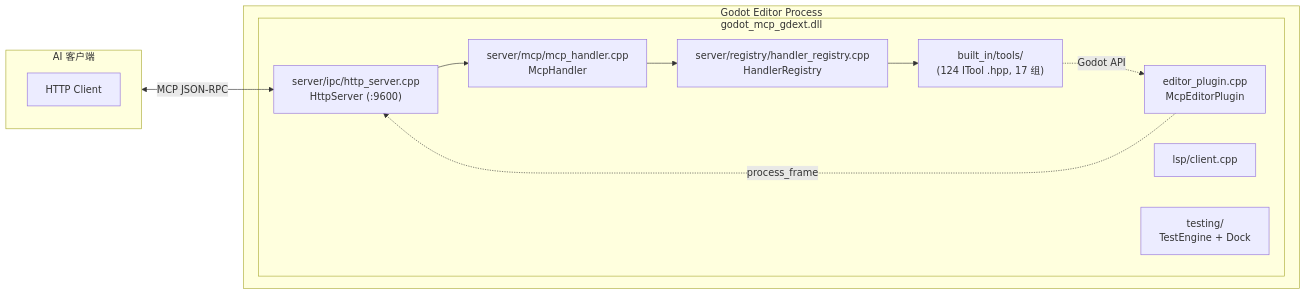
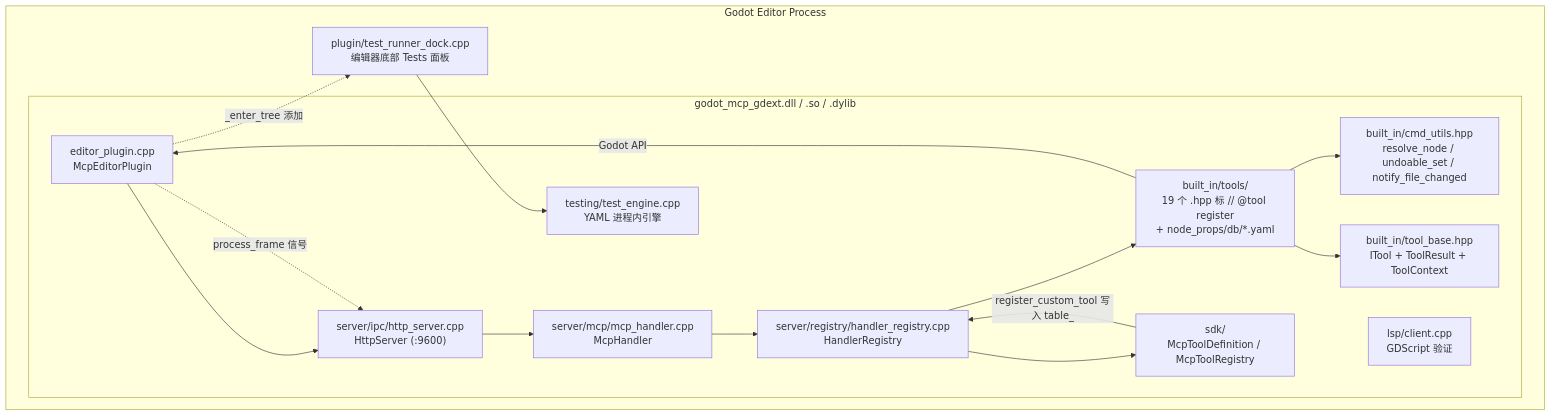
The diagram in .repo_wiki/extensions/gdext.md (jesspig/GodotMCP-GDExtension), drawn with Mermaid before and after one commit. The commit also changed other lines of this file and 25 other files, not shown here.

````diff
--- a/.repo_wiki/extensions/gdext.md
+++ b/.repo_wiki/extensions/gdext.md
@@ -5,25 +7,31 @@
 ```mermaid
-flowchart LR
+flowchart TB
     subgraph Godot["Godot Editor Process"]
-        subgraph DLL["godot_mcp_gdext.dll"]
+        subgraph DLL["godot_mcp_gdext.dll / .so / .dylib"]
             EP["editor_plugin.cpp<br/>McpEditorPlugin"]
             HTTP["server/ipc/http_server.cpp<br/>HttpServer (:9600)"]
             MCP["server/mcp/mcp_handler.cpp<br/>McpHandler"]
             REG["server/registry/handler_registry.cpp<br/>HandlerRegistry"]
-            TOOLS["built_in/tools/<br/>(124 ITool .hpp, 17 组)"]
-            LSP["lsp/client.cpp"]
-            TEST["testing/<br/>TestEngine + Dock"]
+            BASE["built_in/tool_base.hpp<br/>ITool + ToolResult + ToolContext"]
+            TOOLS["built_in/tools/<br/>19 个 .hpp 标 // @tool register<br/>+ node_props/db/*.yaml"]
+            UTILS["built_in/cmd_utils.hpp<br/>resolve_node / undoable_set / notify_file_changed"]
+            SDK["sdk/<br/>McpToolDefinition / McpToolRegistry"]
+            LSP["lsp/client.cpp<br/>GDScript 验证"]
+            TEST["testing/test_engine.cpp<br/>YAML 进程内引擎"]
         end
+        DOCK["plugin/test_runner_dock.cpp<br/>编辑器底部 Tests 面板"]
     end
-    
-    subgraph AIClient["AI 客户端"]
-        HTTPCL["HTTP Client"]
-    end
-    
-    AIClient <-->|MCP JSON-RPC| HTTP
+
+    EP --> HTTP
     HTTP --> MCP
     MCP --> REG
     REG --> TOOLS
-    TOOLS -.->|Godot API| EP
-    EP -.->|process_frame| HTTP
+    REG --> SDK
+    TOOLS --> UTILS
+    TOOLS --> BASE
+    EP -.->|process_frame 信号| HTTP
+    EP -.->|_enter_tree 添加| DOCK
+    DOCK --> TEST
+    SDK -->|register_custom_tool 写入 table_| REG
+    TOOLS -->|Godot API| EP
 ```
````
